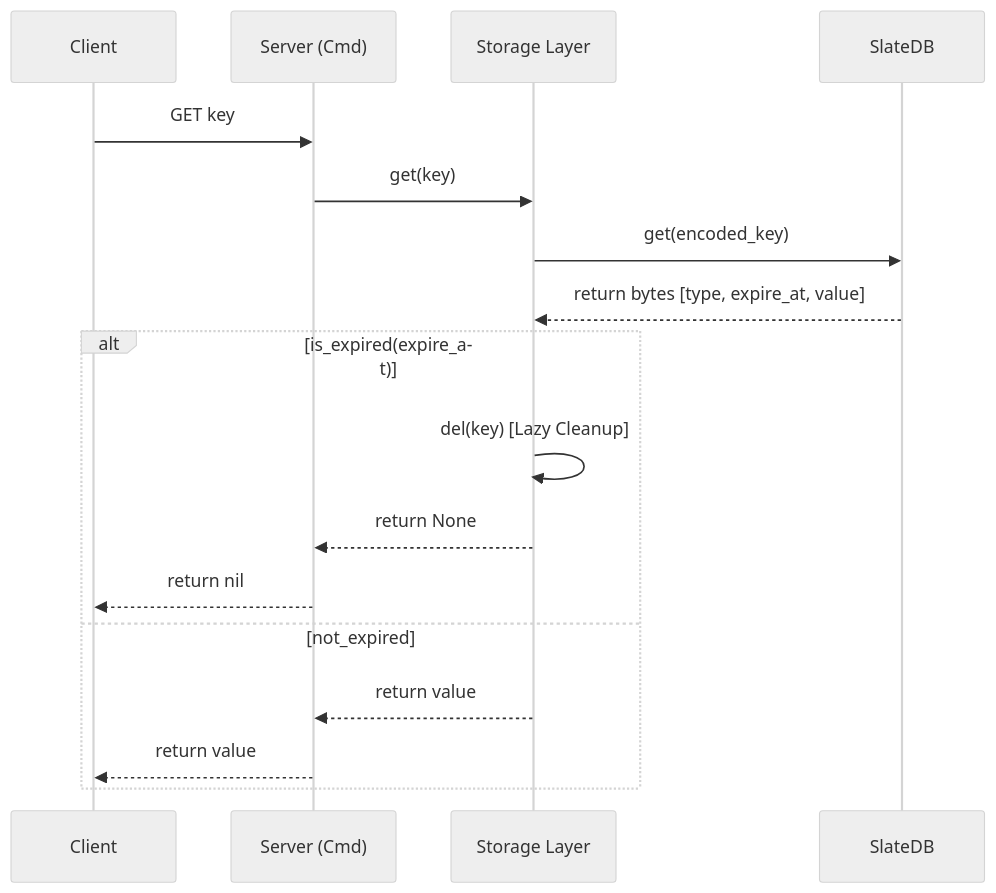
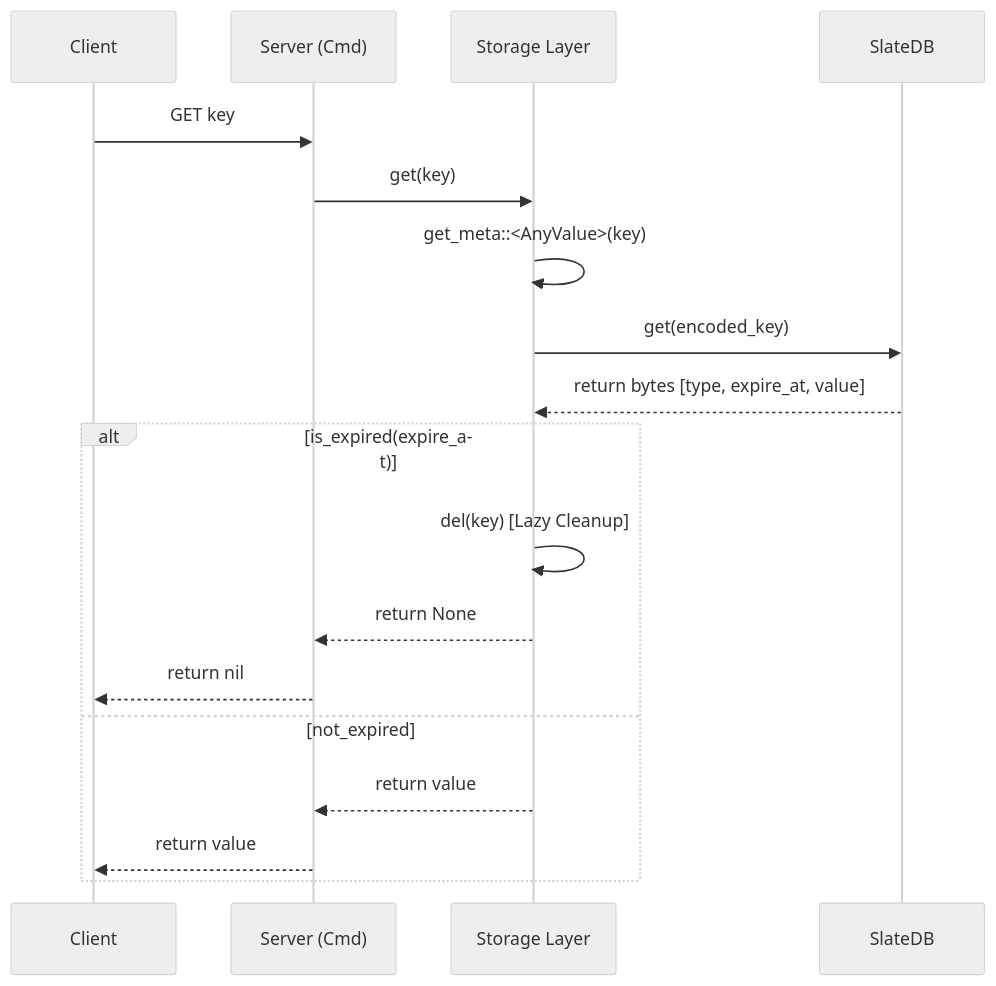
One commit to marsevilspirit/nimbis changed the diagram in docs/ttl_implementation_design.md. Above: the diagram before and after it, drawn with Mermaid (neutral theme). The commit also changed other lines of this file and 10 other files, not shown here.

````diff
--- a/docs/ttl_implementation_design.md
+++ b/docs/ttl_implementation_design.md
@@ -78,20 +79,21 @@
 ```mermaid
 sequenceDiagram
     participant C as Client
     participant S as Server (Cmd)
     participant ST as Storage Layer
     participant DB as SlateDB
 
     C->>S: GET key
     S->>ST: get(key)
+    ST->>ST: get_meta::<AnyValue>(key)
     ST->>DB: get(encoded_key)
     DB-->>ST: return bytes [type, expire_at, value]
     alt is_expired(expire_at)
         ST->>ST: del(key) [Lazy Cleanup]
         ST-->>S: return None
         S-->>C: return nil
     else not_expired
         ST-->>S: return value
         S-->>C: return value
     end
 ```
````
